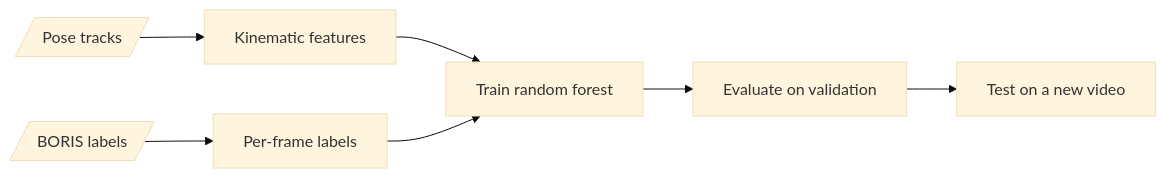
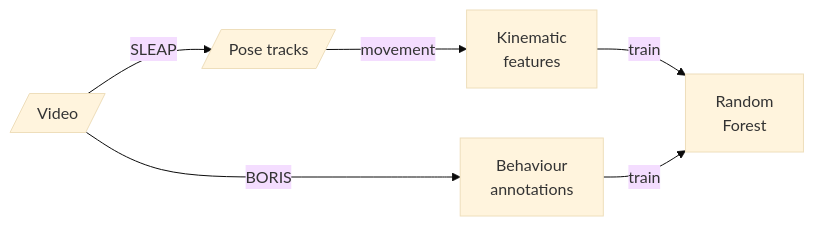
The diagram in book/08-classification-tutorial.qmd (neuroinformatics-unit/course-animals-in-motion), drawn with Mermaid (base theme) before and after one commit. The commit also changed other lines of this file, not shown here.

````diff
--- a/book/08-classification-tutorial.qmd
+++ b/book/08-classification-tutorial.qmd
@@ -34,9 +22,8 @@
 ```{mermaid}
 graph LR
-    poses[/Pose tracks/] --> feat[Kinematic features]
-    boris[/BORIS labels/] --> labels[Per-frame labels]
-    feat --> train
-    labels --> train[Train random forest]
-    train --> eval[Evaluate on validation]
-    eval --> test[Test on a new video]
+    video[/"Video"/] --SLEAP-->poses[/"Pose tracks"/]
+    poses --movement--> feat[Kinematic<br>features]
+    video --"BORIS"--> labels[Behaviour<br>annotations]
+    feat --train--> model
+    labels --train--> model[Random<br>Forest]
 ```
````
